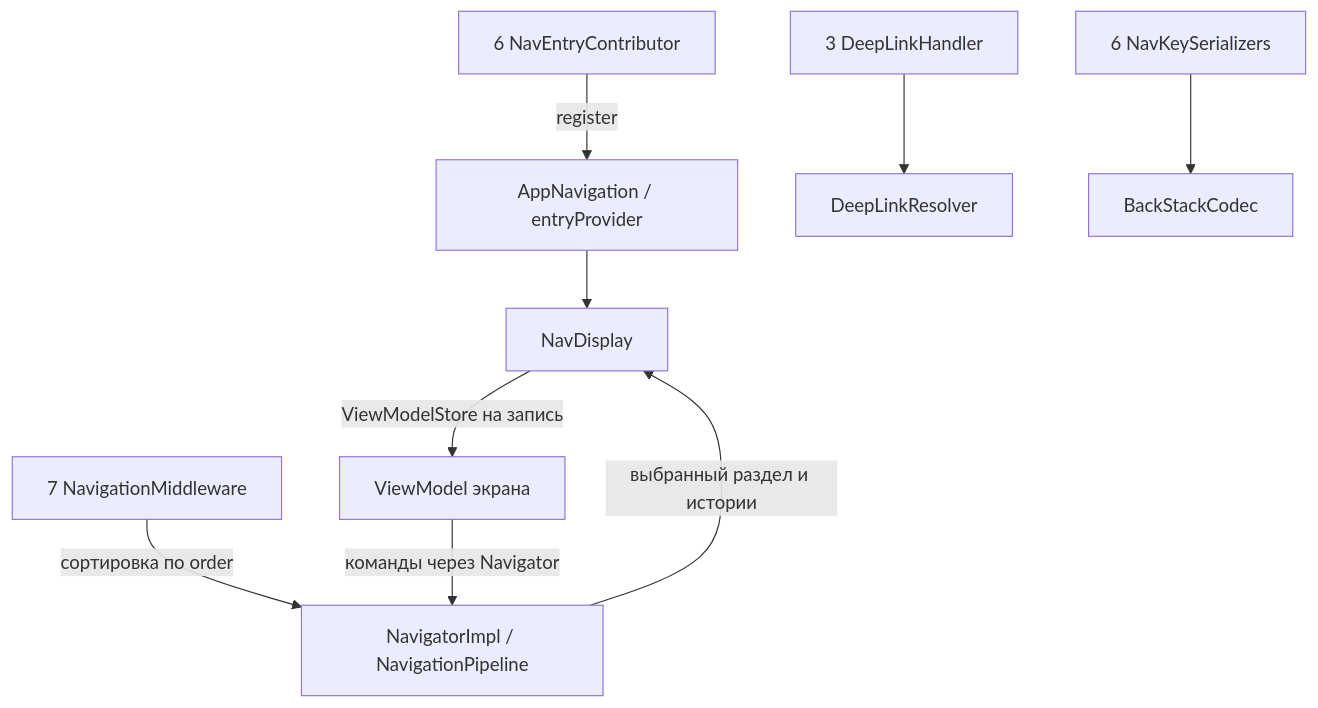
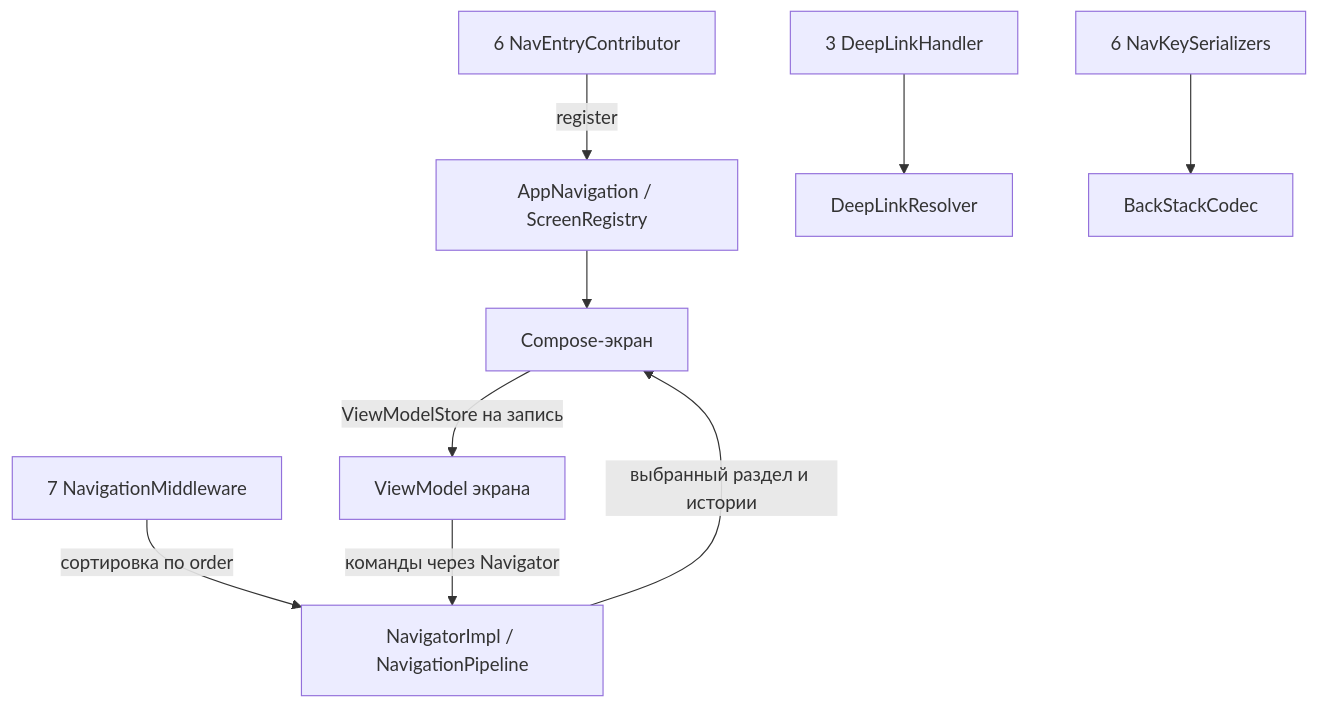
One commit to akma302/NavPlayground changed the diagram in docs/di/README.md. Above: the diagram before and after it, drawn with Mermaid. The commit also changed other lines of this file and 26 other files, not shown here.

````diff
--- a/docs/di/README.md
+++ b/docs/di/README.md
@@ -20,11 +21,11 @@
 ```mermaid
 flowchart TB
-    Entries["6 NavEntryContributor"] -->|register| UI["AppNavigation / entryProvider"]
+    Entries["6 NavEntryContributor"] -->|register| UI["AppNavigation / ScreenRegistry"]
     Middlewares["7 NavigationMiddleware"] -->|сортировка по order| Navigator["NavigatorImpl / NavigationPipeline"]
     Handlers["3 DeepLinkHandler"] --> Resolver["DeepLinkResolver"]
     Serializers["6 NavKeySerializers"] --> Codec["BackStackCodec"]
-    UI --> Display["NavDisplay"]
+    UI --> Display["Compose-экран"]
     Navigator -->|выбранный раздел и истории| Display
     Display -->|ViewModelStore на запись| VM["ViewModel экрана"]
     VM -->|команды через Navigator| Navigator
 ```
````
